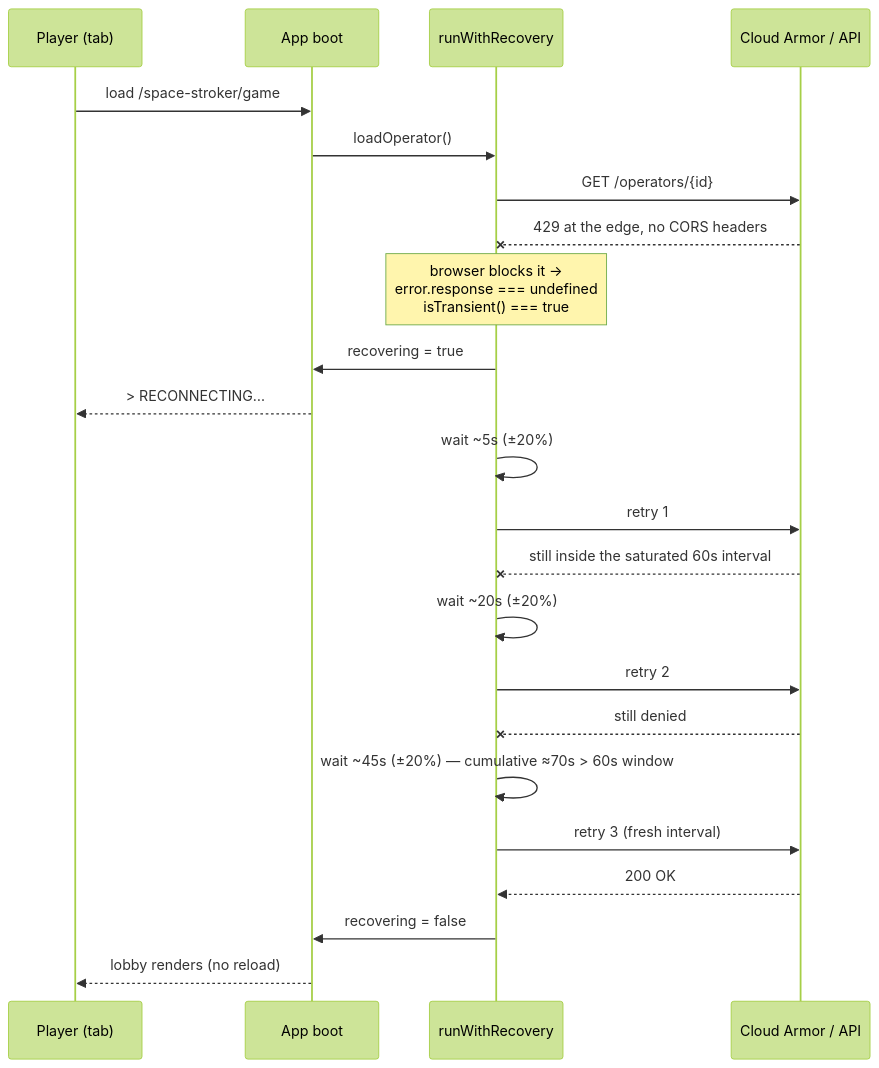
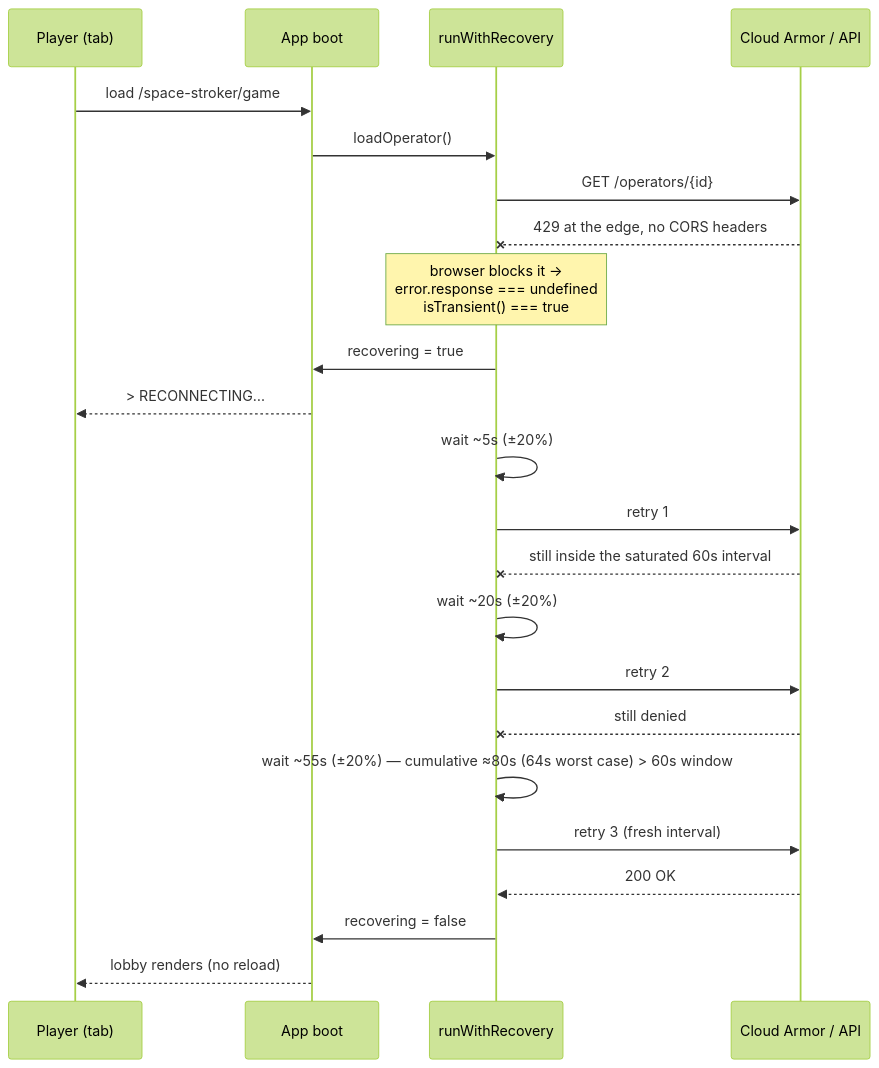
Before and after one commit to marcusruas/monkify-meta: the diagram in specs/entry-path-recovery.md, drawn with Mermaid (forest theme). The commit also changed other lines of this file and 3 other files, not shown here.

````diff
--- a/specs/entry-path-recovery.md
+++ b/specs/entry-path-recovery.md
@@ -467,26 +476,26 @@
 ```mermaid
 sequenceDiagram
   participant P as Player (tab)
   participant A as App boot
   participant R as runWithRecovery
   participant E as Cloud Armor / API
 
   P->>A: load /space-stroker/game
   A->>R: loadOperator()
   R->>E: GET /operators/{id}
   E--xR: 429 at the edge, no CORS headers
   Note over R: browser blocks it →<br/>error.response === undefined<br/>isTransient() === true
   R->>A: recovering = true
   A-->>P: > RECONNECTING…
   R->>R: wait ~5s (±20%)
   R->>E: retry 1
   E--xR: still inside the saturated 60s interval
   R->>R: wait ~20s (±20%)
   R->>E: retry 2
   E--xR: still denied
-  R->>R: wait ~45s (±20%) — cumulative ≈70s > 60s window
+  R->>R: wait ~55s (±20%) — cumulative ≈80s (64s worst case) > 60s window
   R->>E: retry 3 (fresh interval)
   E-->>R: 200 OK
   R->>A: recovering = false
   A-->>P: lobby renders (no reload)
 ```
````
